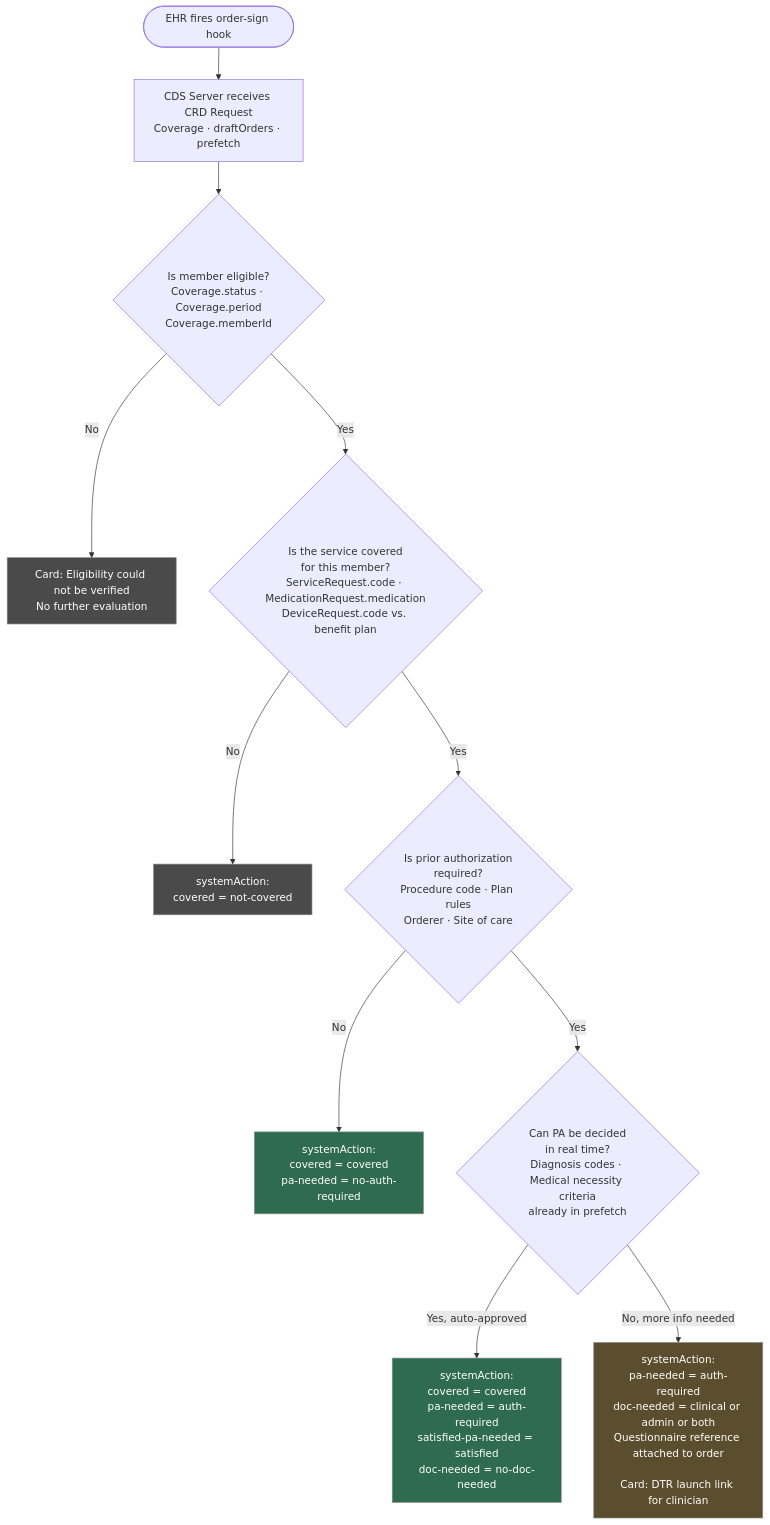
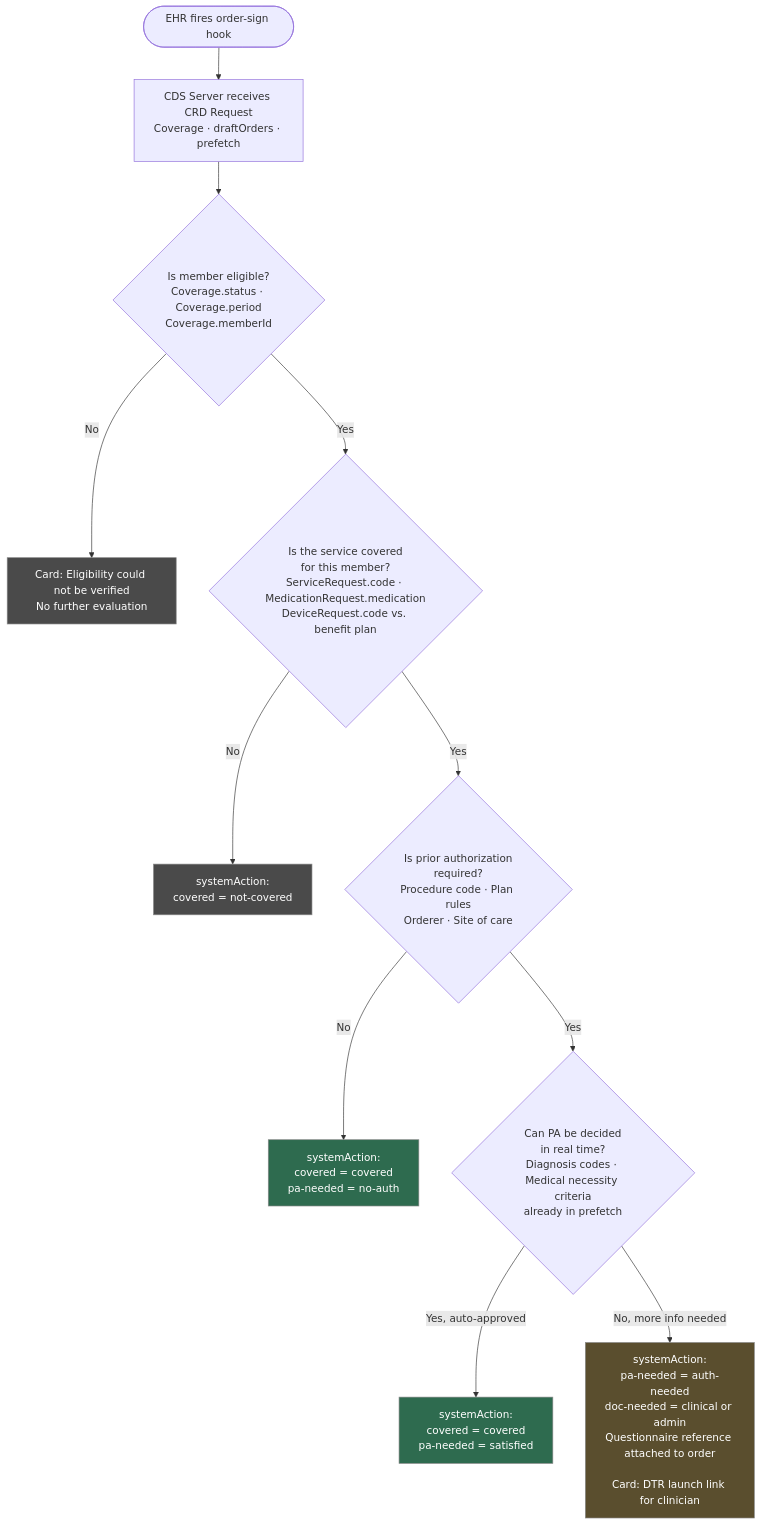
Before and after one commit to agabhinav/learn-fhir: the diagram in prior-auth/01-crd.md, drawn with Mermaid. The commit also changed other lines of this file, not shown here.

````diff
--- a/prior-auth/01-crd.md
+++ b/prior-auth/01-crd.md
@@ -170,28 +169,28 @@
 ```mermaid
 flowchart TD
     A([EHR fires order-sign hook]) --> B[CDS Server receives CRD Request<br/>Coverage · draftOrders · prefetch]
 
     B --> C{Is member eligible?<br/>Coverage.status · Coverage.period<br/>Coverage.memberId}
 
     C -- No --> C1[Card: Eligibility could not be verified<br/>No further evaluation]
 
     C -- Yes --> D{Is the service covered<br/>for this member?<br/>ServiceRequest.code · MedicationRequest.medication<br/>DeviceRequest.code vs. benefit plan}
 
     D -- No --> D1[systemAction:<br/>covered = not-covered]
 
     D -- Yes --> E{Is prior authorization<br/>required?<br/>Procedure code · Plan rules<br/>Orderer · Site of care}
 
-    E -- No --> E1[systemAction:<br/>covered = covered<br/>pa-needed = no-auth-required]
+    E -- No --> E1[systemAction:<br/>covered = covered<br/>pa-needed = no-auth]
 
     E -- Yes --> F{Can PA be decided<br/>in real time?<br/>Diagnosis codes · Medical necessity criteria<br/>already in prefetch}
 
-    F -- Yes, auto-approved --> F1[systemAction:<br/>covered = covered<br/>pa-needed = auth-required<br/>satisfied-pa-needed = satisfied<br/>doc-needed = no-doc-needed]
+    F -- Yes, auto-approved --> F1[systemAction:<br/>covered = covered<br/>pa-needed = satisfied<br/>]
 
-    F -- No, more info needed --> G[systemAction:<br/>pa-needed = auth-required<br/>doc-needed = clinical or admin or both<br/>Questionnaire reference attached to order<br/><br/>Card: DTR launch link for clinician]
+    F -- No, more info needed --> G[systemAction:<br/>pa-needed = auth-needed<br/>doc-needed = clinical or admin<br/>Questionnaire reference attached to order<br/><br/>Card: DTR launch link for clinician]
 
     style C1 fill:#4a4a4a,color:#ffffff,stroke:#888888
     style D1 fill:#4a4a4a,color:#ffffff,stroke:#888888
     style E1 fill:#2e6b4f,color:#ffffff,stroke:#888888
     style F1 fill:#2e6b4f,color:#ffffff,stroke:#888888
     style G fill:#5a4e2e,color:#ffffff,stroke:#888888
 ```
````
